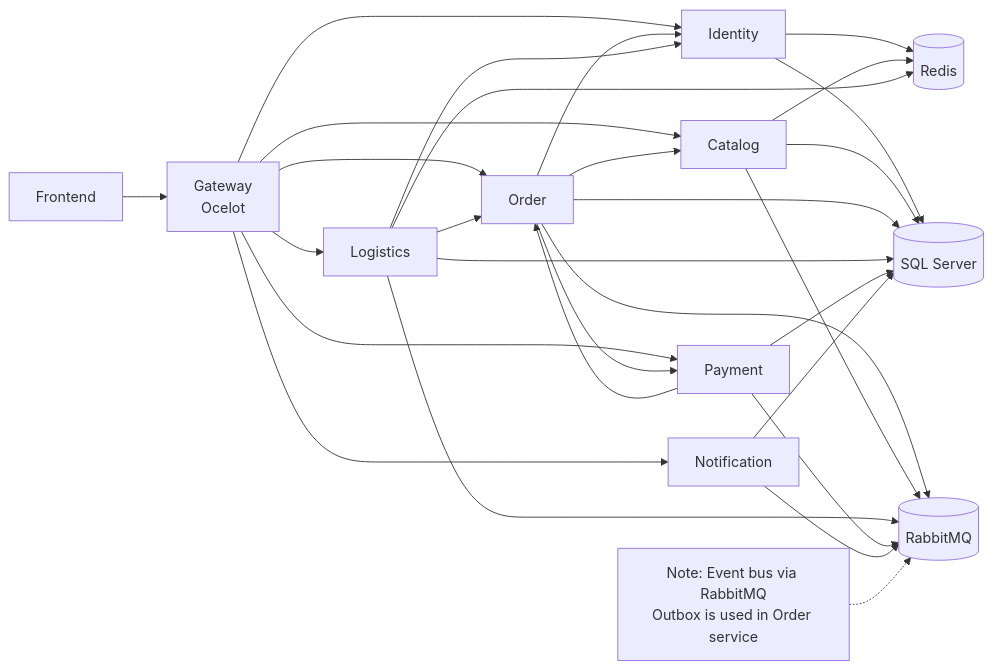
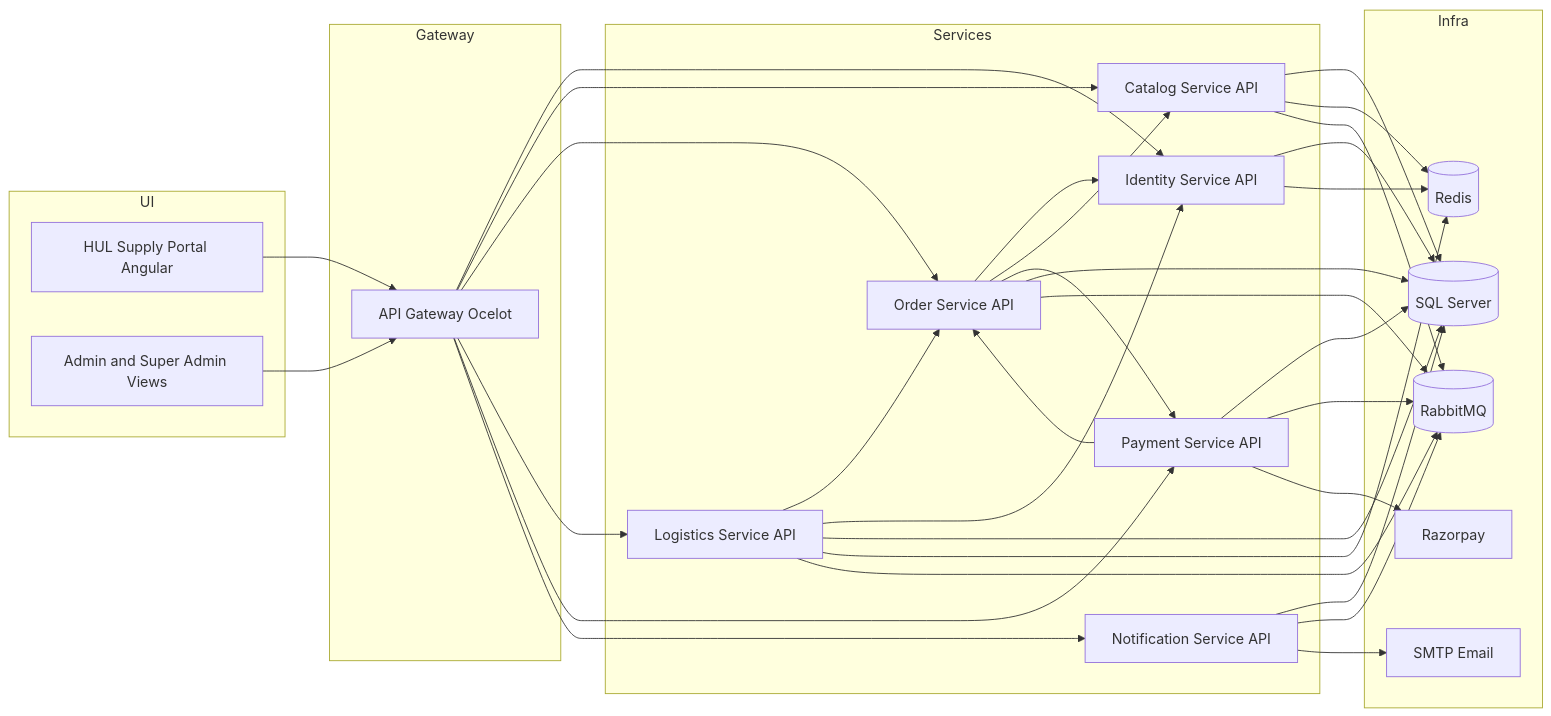
The third of 13 diagrams in docs/All Diagrams.md (srikaran3004/Enterprise-B2B-Supply-Chain-Platform), drawn with Mermaid before and after one commit. The commit also changed 3 other files, not shown here.

Commit message:
docs: add architectural diagrams and design documentation for the supply chain platform

````diff
--- a/docs/All Diagrams.md
+++ b/docs/All Diagrams.md
@@ -126,42 +126,65 @@
 ```mermaid
 flowchart LR
-        FE[Frontend] --> GW[Gateway\nOcelot]
+    subgraph UI
+        Portal[HUL Supply Portal Angular]
+        AdminViews[Admin and Super Admin Views]
+    end
 
-        GW --> ID[Identity]
-        GW --> CAT[Catalog]
-        GW --> ORD[Order]
-        GW --> LOG[Logistics]
-        GW --> PAY[Payment]
-        GW --> NOTIF[Notification]
+    subgraph Gateway
+        GW[API Gateway Ocelot]
+    end
 
-        ORD --> ID
-        ORD --> CAT
-        ORD --> PAY
-        LOG --> ORD
-        LOG --> ID
-        PAY --> ORD
+    subgraph Services
+        ID[Identity Service API]
+        CAT[Catalog Service API]
+        ORD[Order Service API]
+        LOG[Logistics Service API]
+        PAY[Payment Service API]
+        NOTIF[Notification Service API]
+    end
 
+    subgraph Infra
+        SQL[(SQL Server)]
+        RED[(Redis)]
         MQ[(RabbitMQ)]
-        RED[(Redis)]
-        SQL[(SQL Server)]
+        RZ[Razorpay]
+        SMTP[SMTP Email]
+    end
 
-        ORD --> MQ
-        CAT --> MQ
-        LOG --> MQ
-        PAY --> MQ
-        NOTIF --> MQ
+    Portal --> GW
+    AdminViews --> GW
 
-        ID --> RED
-        CAT --> RED
-        LOG --> RED
+    GW --> ID
+    GW --> CAT
+    GW --> ORD
+    GW --> LOG
+    GW --> PAY
+    GW --> NOTIF
 
-        ID --> SQL
-        CAT --> SQL
-        ORD --> SQL
-        LOG --> SQL
-        PAY --> SQL
-        NOTIF --> SQL
+    ORD --> ID
+    ORD --> CAT
+    ORD --> PAY
+    LOG --> ORD
+    LOG --> ID
+    PAY --> ORD
 
-        N[Note: Event bus via RabbitMQ\nOutbox is used in Order service]
-        N -.-> MQ
+    ID --> SQL
+    CAT --> SQL
+    ORD --> SQL
+    LOG --> SQL
+    PAY --> SQL
+    NOTIF --> SQL
+
+    ID --> RED
+    CAT --> RED
+    LOG --> RED
+
+    ORD --> MQ
+    CAT --> MQ
+    LOG --> MQ
+    PAY --> MQ
+    NOTIF --> MQ
+
+    PAY --> RZ
+    NOTIF --> SMTP
 ```
````
